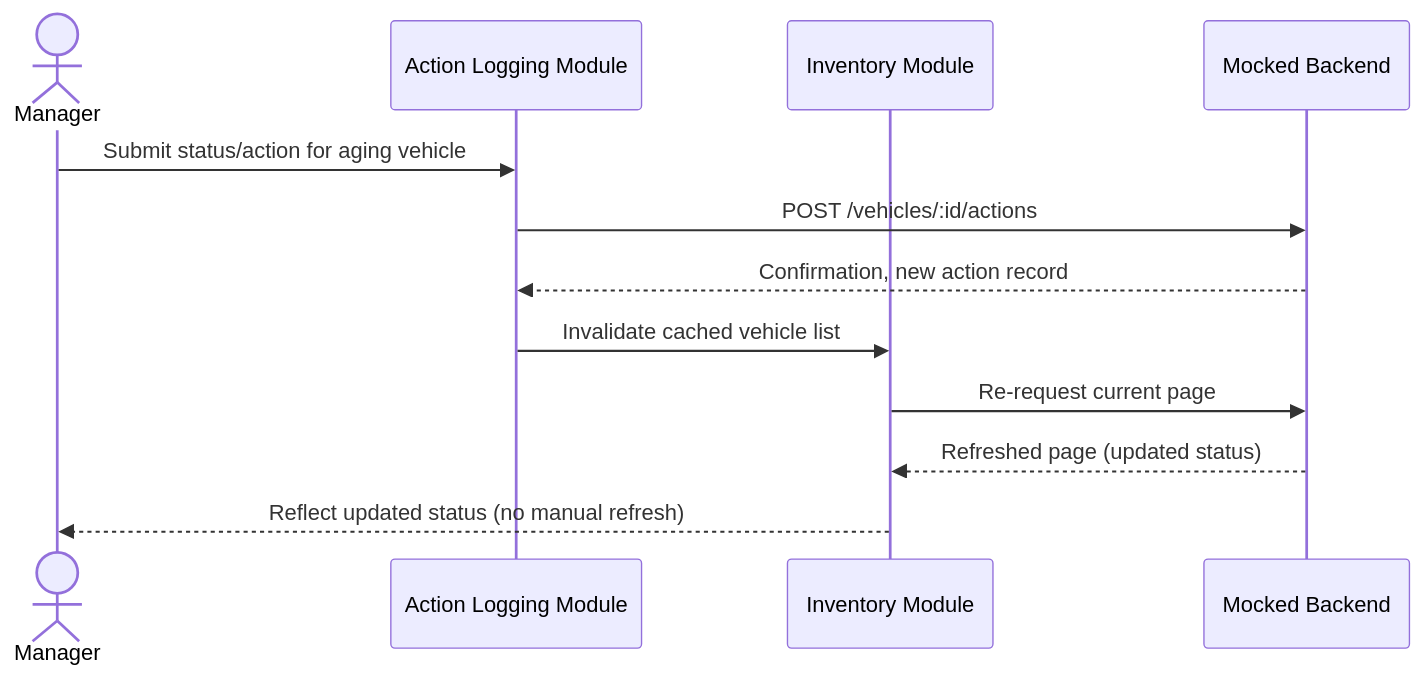
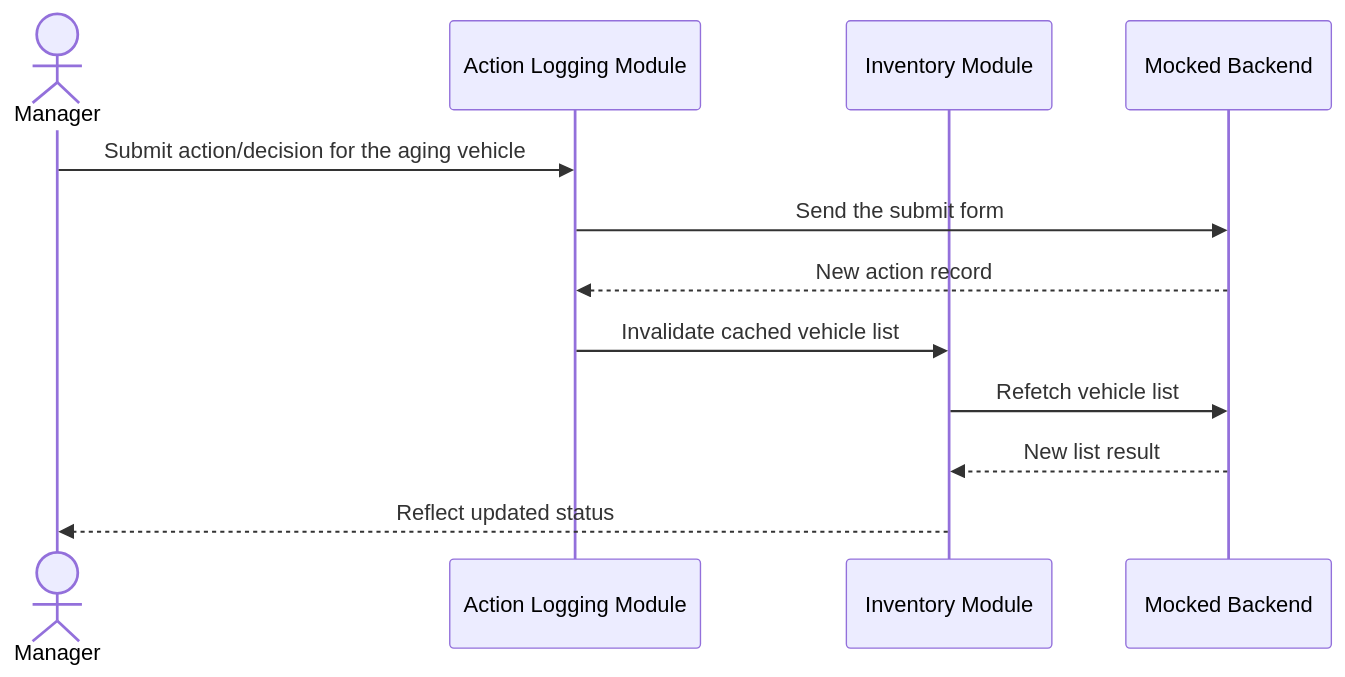
One commit to nmtrong1000/keyloop-challenge changed the fourth of 4 diagrams in SDD.md. Above: the diagram before and after it, drawn with Mermaid. The commit also changed other lines of this file and 1 other file, not shown here.

First line of the commit message:
docs(STORY_20): plain-English wording in §4 sequence diagrams

````diff
--- a/SDD.md
+++ b/SDD.md
@@ -111,15 +111,15 @@
 ```mermaid
 sequenceDiagram
     actor Manager
     participant ALM as Action Logging Module
     participant IM as Inventory Module
     participant Mock as Mocked Backend
 
-    Manager->>ALM: Submit status/action for aging vehicle
-    ALM->>Mock: POST /vehicles/:id/actions
-    Mock-->>ALM: Confirmation, new action record
+    Manager->>ALM: Submit action/decision for the aging vehicle
+    ALM->>Mock: Send the submit form
+    Mock-->>ALM: New action record
     ALM->>IM: Invalidate cached vehicle list
-    IM->>Mock: Re-request current page
-    Mock-->>IM: Refreshed page (updated status)
-    IM-->>Manager: Reflect updated status (no manual refresh)
+    IM->>Mock: Refetch vehicle list 
+    Mock-->>IM: New list result
+    IM-->>Manager: Reflect updated status
 ```
````
